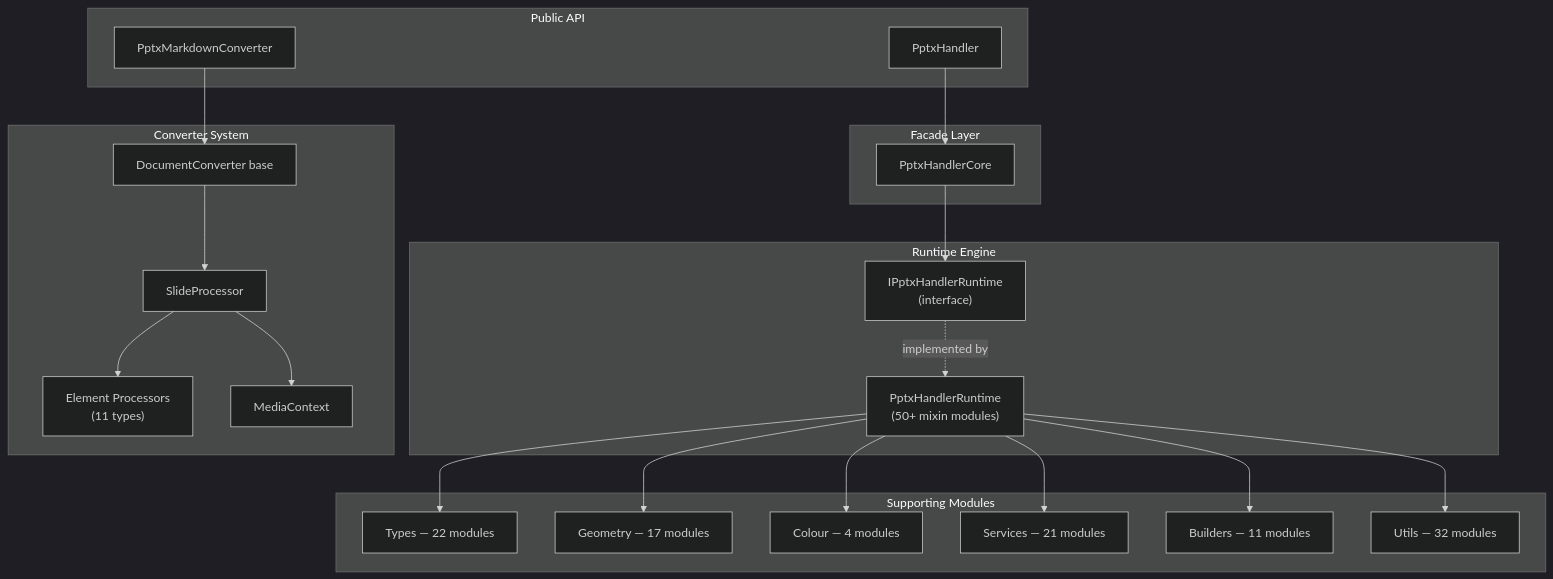
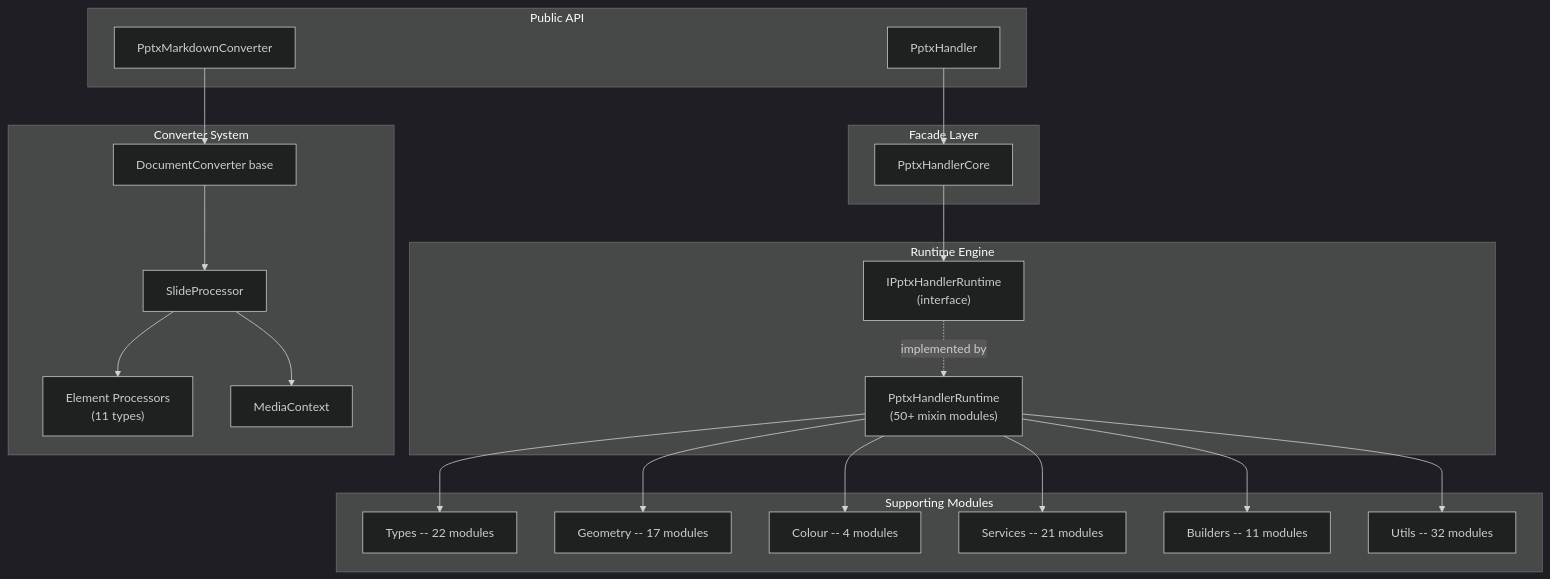
One commit to ChristopherVR/pptx-viewer changed the first of 9 diagrams in packages/core/README.md. Above: the diagram before and after it, drawn with Mermaid (dark theme). The commit also changed other lines of this file and 21 other files, not shown here.

````diff
--- a/packages/core/README.md
+++ b/packages/core/README.md
@@ -158,47 +161,47 @@
 ```mermaid
 flowchart TB
     subgraph "Public API"
         A[PptxHandler]
         B[PptxMarkdownConverter]
     end
 
     subgraph "Facade Layer"
         C[PptxHandlerCore]
     end
 
     subgraph "Runtime Engine"
         D["IPptxHandlerRuntime<br/>(interface)"]
         E["PptxHandlerRuntime<br/>(50+ mixin modules)"]
     end
 
     subgraph "Supporting Modules"
-        F[Types — 22 modules]
-        G[Geometry — 17 modules]
-        H[Colour — 4 modules]
-        I[Services — 21 modules]
-        J[Builders — 11 modules]
-        K[Utils — 32 modules]
+        F[Types -- 22 modules]
+        G[Geometry -- 17 modules]
+        H[Colour -- 4 modules]
+        I[Services -- 21 modules]
+        J[Builders -- 11 modules]
+        K[Utils -- 32 modules]
     end
 
     subgraph "Converter System"
         L[DocumentConverter base]
         M[SlideProcessor]
         N["Element Processors<br/>(11 types)"]
         O[MediaContext]
     end
 
     A --> C
     C --> D
     D -.->|implemented by| E
     E --> F
     E --> G
     E --> H
     E --> I
     E --> J
     E --> K
 
     B --> L
     L --> M
     M --> N
     M --> O
 ```
````
